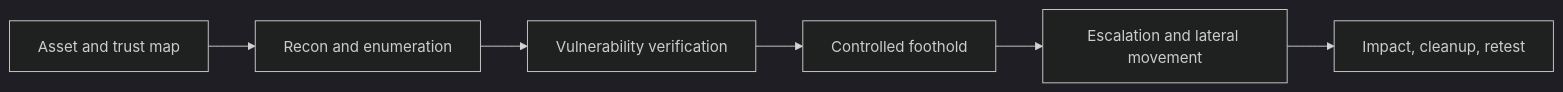
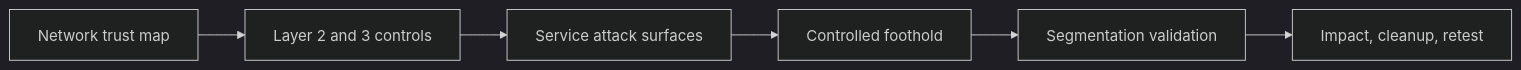
Before and after one commit to s4l1hs/cybersec-crook2root-notes: the diagram in Offensive Security/Network Penetration Testing.md, drawn with Mermaid (dark theme). The commit also changed other lines of this file and 302 other files, not shown here.

````diff
--- a/Offensive Security/Network Penetration Testing.md
+++ b/Offensive Security/Network Penetration Testing.md
@@ -18,8 +18,8 @@
 ```mermaid
 flowchart LR
-    A["Asset and trust map"] --> R["Recon and enumeration"]
-    R --> V["Vulnerability verification"]
-    V --> F["Controlled foothold"]
-    F --> E["Escalation and lateral movement"]
-    E --> I["Impact, cleanup, retest"]
+    A["Network trust map"] --> L["Layer 2 and 3 controls"]
+    L --> S["Service attack surfaces"]
+    S --> F["Controlled foothold"]
+    F --> G["Segmentation validation"]
+    G --> I["Impact, cleanup, retest"]
 ```
````
